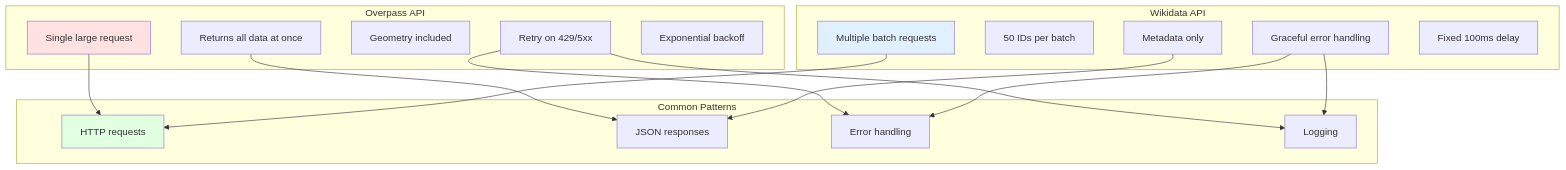
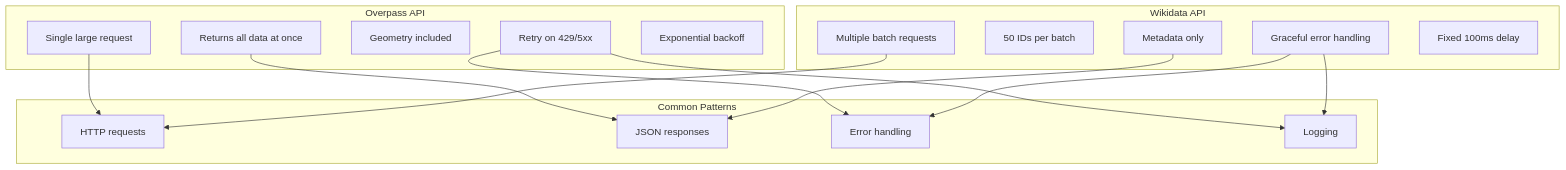
Before and after one commit to DaxServer/geocode-commons-categories: diagram 17 of 19 in docs/import/api-interactions.md, drawn with Mermaid. The commit also changed other lines of this file and 5 other files, not shown here.

````diff
--- a/docs/import/api-interactions.md
+++ b/docs/import/api-interactions.md
@@ -557,39 +518,36 @@
 ```mermaid
 graph TB
     subgraph "Overpass API"
         O1[Single large request]
         O2[Returns all data at once]
         O3[Geometry included]
         O4[Retry on 429/5xx]
         O5[Exponential backoff]
     end
 
     subgraph "Wikidata API"
         W1[Multiple batch requests]
         W2[50 IDs per batch]
         W3[Metadata only]
         W4[Graceful error handling]
         W5[Fixed 100ms delay]
     end
 
     subgraph "Common Patterns"
         C1[HTTP requests]
         C2[JSON responses]
         C3[Error handling]
         C4[Logging]
     end
 
     O1 --> C1
     O2 --> C2
     O4 --> C3
     O4 --> C4
 
     W1 --> C1
     W3 --> C2
     W4 --> C3
     W4 --> C4
 
-    style O1 fill:#ffe1e1
-    style W1 fill:#e1f0ff
-    style C1 fill:#e1ffe1
 ```
````
